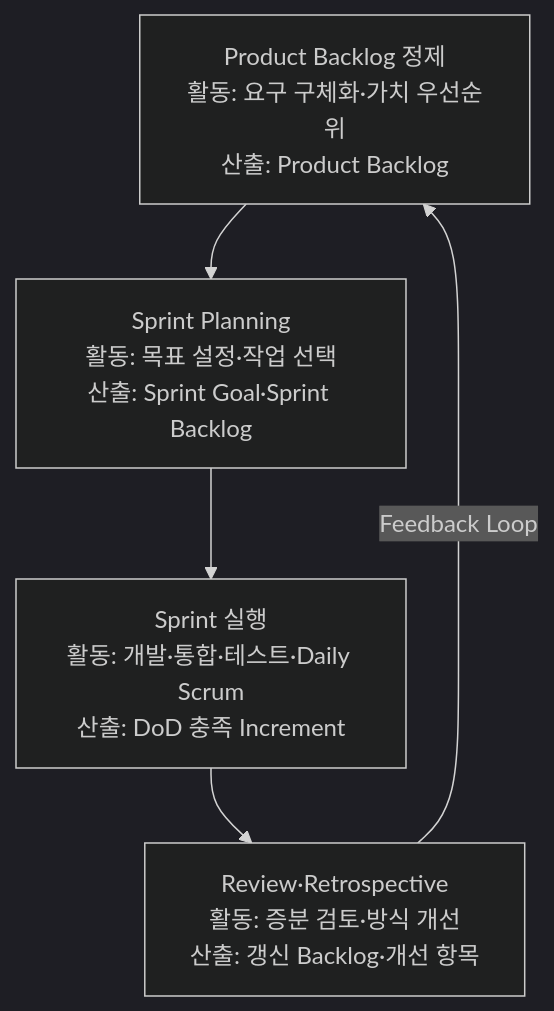
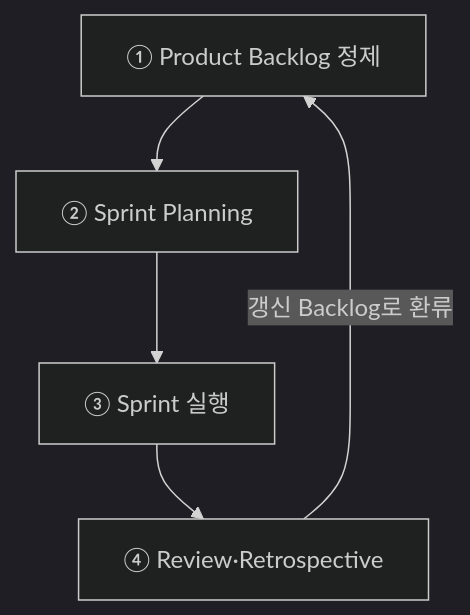
Before and after one commit to agnusdei1207/study: the first of 3 diagrams in src/content/docs/notes/itpe/01-it-strategy/013_agile_response_strategy.md, drawn with Mermaid (dark theme). The commit also changed other lines of this file and 19 other files, not shown here.

````diff
--- a/src/content/docs/notes/itpe/01-it-strategy/013_agile_response_strategy.md
+++ b/src/content/docs/notes/itpe/01-it-strategy/013_agile_response_strategy.md
@@ -58,7 +58,7 @@
 ```mermaid
 flowchart TD
-    PB["Product Backlog 정제<br/>활동: 요구 구체화·가치 우선순위<br/>산출: Product Backlog"] --> PL["Sprint Planning<br/>활동: 목표 설정·작업 선택<br/>산출: Sprint Goal·Sprint Backlog"]
-    PL --> EX["Sprint 실행<br/>활동: 개발·통합·테스트·Daily Scrum<br/>산출: DoD 충족 Increment"]
-    EX --> RR["Review·Retrospective<br/>활동: 증분 검토·방식 개선<br/>산출: 갱신 Backlog·개선 항목"]
-    RR -->|Feedback Loop| PB
+    PB["① Product Backlog 정제"] --> PL["② Sprint Planning"]
+    PL --> EX["③ Sprint 실행"]
+    EX --> RR["④ Review·Retrospective"]
+    RR -->|"갱신 Backlog로 환류"| PB
 ```
````
